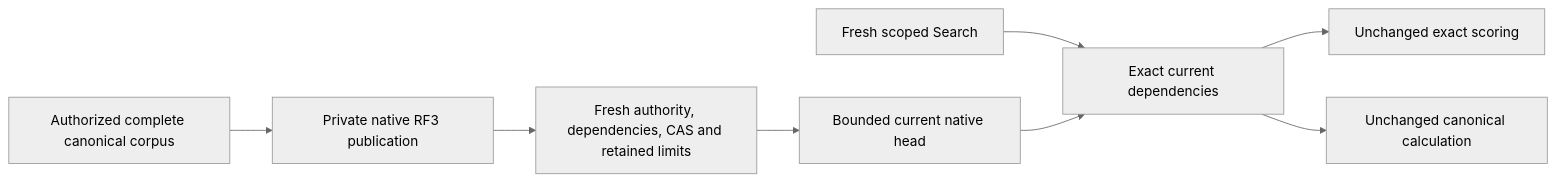
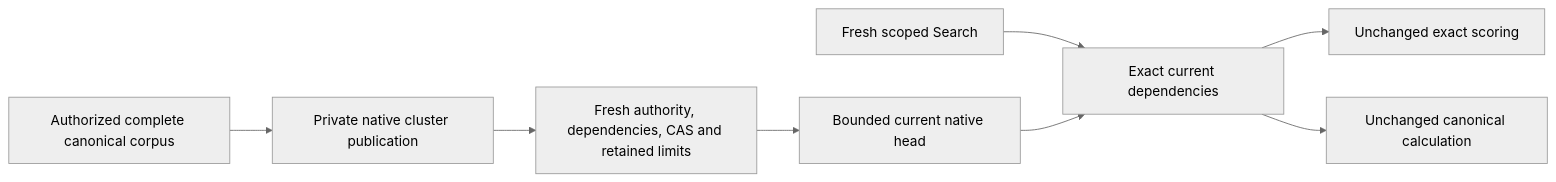
The diagram in docs/ADR/ADR-127-persisted-bm25-corpus-statistics.md (managedcode/KeyLoad), drawn with Mermaid (neutral theme) before and after one commit. The commit also changed other lines of this file and 7356 other files, not shown here.

````diff
--- a/docs/ADR/ADR-127-persisted-bm25-corpus-statistics.md
+++ b/docs/ADR/ADR-127-persisted-bm25-corpus-statistics.md
@@ -29,10 +29,10 @@
 ```mermaid
 flowchart LR
-    Canonical[Authorized complete canonical corpus] --> Private[Private native RF3 publication]
+    Canonical[Authorized complete canonical corpus] --> Private[Private native cluster publication]
     Private --> Validate[Fresh authority, dependencies, CAS and retained limits]
     Validate --> Head[Bounded current native head]
     Search[Fresh scoped Search] --> Match[Exact current dependencies]
     Head --> Match
     Match --> Scores[Unchanged exact scoring]
     Match --> Recalculate[Unchanged canonical calculation]
 ```
````
